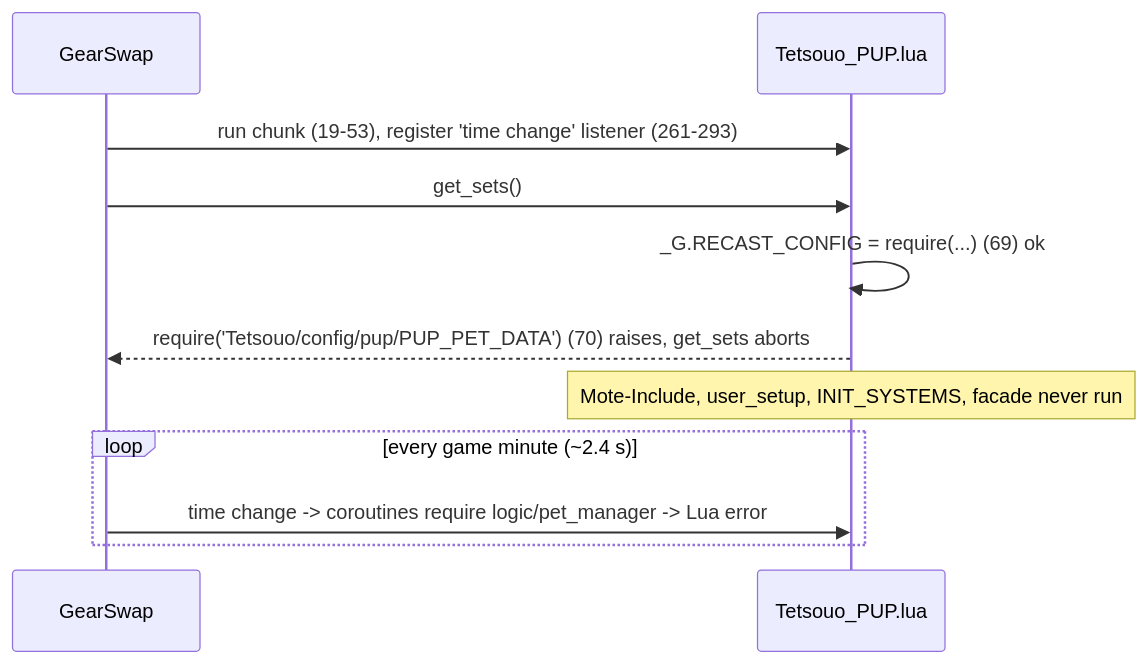
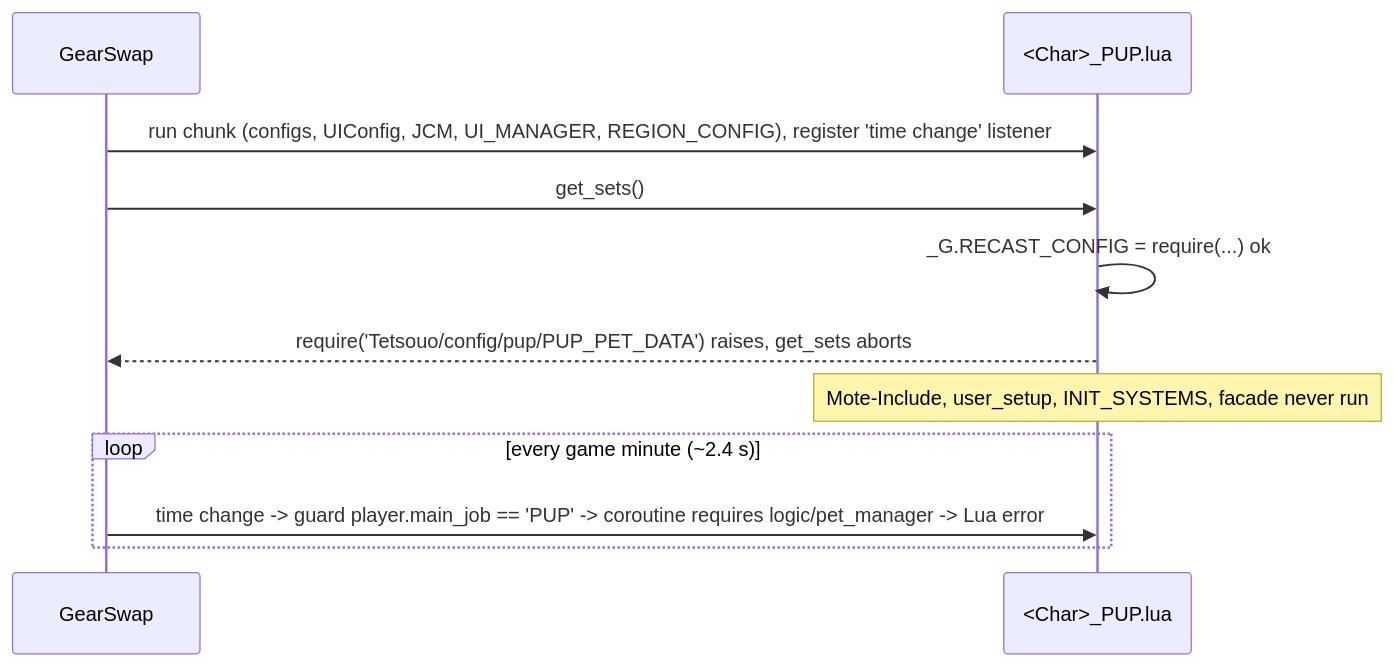
The diagram in docs/dev/jobs/pup.md (ejouanchicot/Gearswap), drawn with Mermaid before and after one commit. The commit also changed other lines of this file and 6 other files, not shown here.

````diff
--- a/docs/dev/jobs/pup.md
+++ b/docs/dev/jobs/pup.md
@@ -64,13 +69,13 @@
 ```mermaid
 sequenceDiagram
     participant GS as GearSwap
-    participant E as Tetsouo_PUP.lua
-    GS->>E: run chunk (19-53), register 'time change' listener (261-293)
+    participant E as <Char>_PUP.lua
+    GS->>E: run chunk (configs, UIConfig, JCM, UI_MANAGER, REGION_CONFIG), register 'time change' listener
     GS->>E: get_sets()
-    E->>E: _G.RECAST_CONFIG = require(...) (69) ok
-    E-->>GS: require('Tetsouo/config/pup/PUP_PET_DATA') (70) raises, get_sets aborts
+    E->>E: _G.RECAST_CONFIG = require(...) ok
+    E-->>GS: require('Tetsouo/config/pup/PUP_PET_DATA') raises, get_sets aborts
     Note over E: Mote-Include, user_setup, INIT_SYSTEMS, facade never run
     loop every game minute (~2.4 s)
-        GS->>E: time change -> coroutines require logic/pet_manager -> Lua error
+        GS->>E: time change -> guard player.main_job == 'PUP' -> coroutine requires logic/pet_manager -> Lua error
     end
 ```
````
